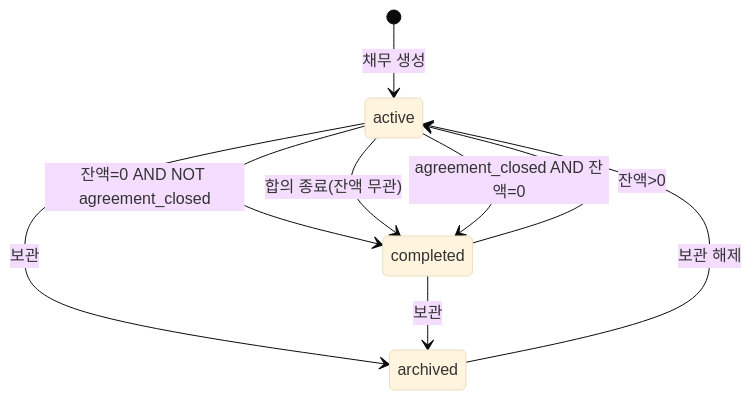
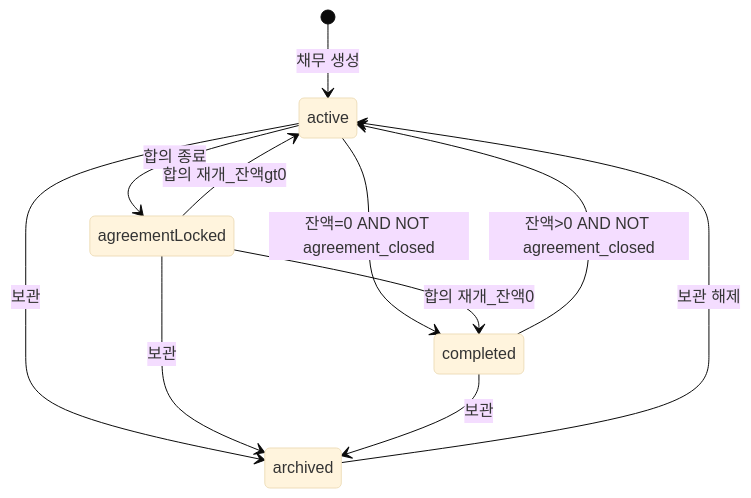
One commit to Hyun-Kim95/payClear changed the diagram in docs/domain/data-model-v0.1.md. Above: the diagram before and after it, drawn with Mermaid (base theme). The commit also changed other lines of this file and 15 other files, not shown here.

````diff
--- a/docs/domain/data-model-v0.1.md
+++ b/docs/domain/data-model-v0.1.md
@@ -106,11 +106,13 @@
 ```mermaid
 stateDiagram-v2
   [*] --> active: 채무 생성
   active --> completed: 잔액=0 AND NOT agreement_closed
-  active --> completed: 합의 종료(잔액 무관)
-  completed --> active: 잔액>0
-  active --> completed: agreement_closed AND 잔액=0
+  active --> agreementLocked: 합의 종료
+  agreementLocked --> active: 합의 재개_잔액gt0
+  agreementLocked --> completed: 합의 재개_잔액0
+  completed --> active: 잔액>0 AND NOT agreement_closed
   active --> archived: 보관
   archived --> active: 보관 해제
+  agreementLocked --> archived: 보관
   completed --> archived: 보관
 ```
````
